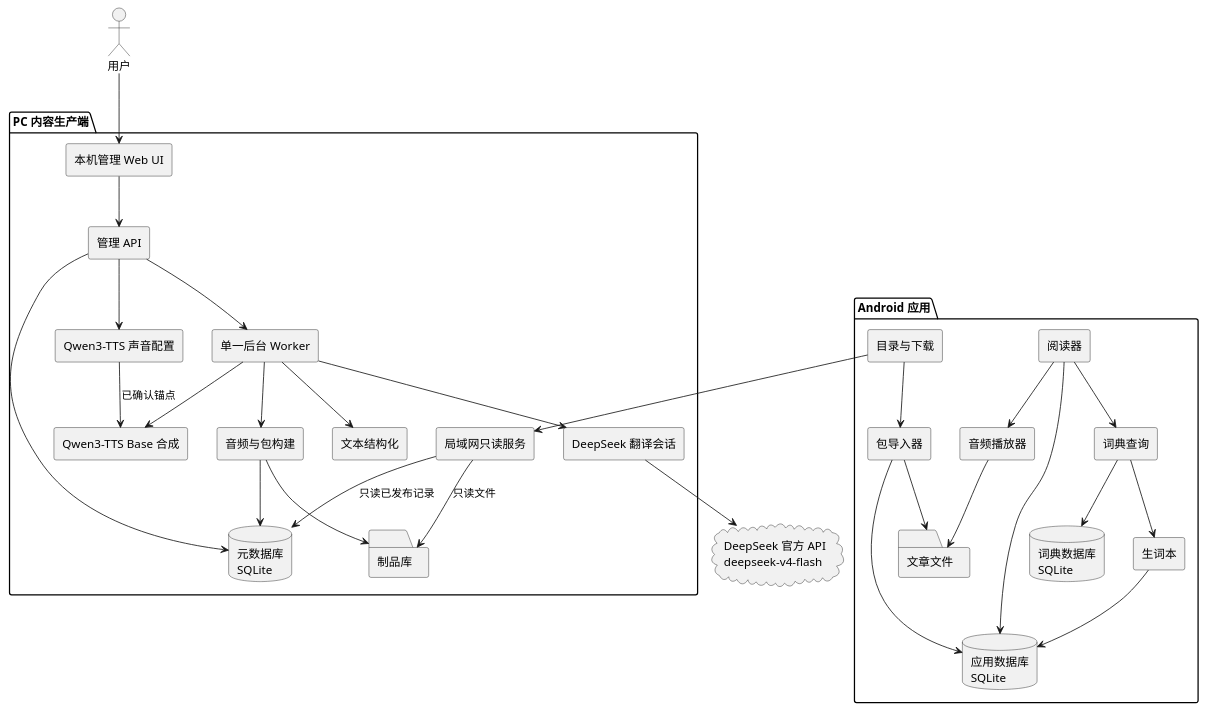
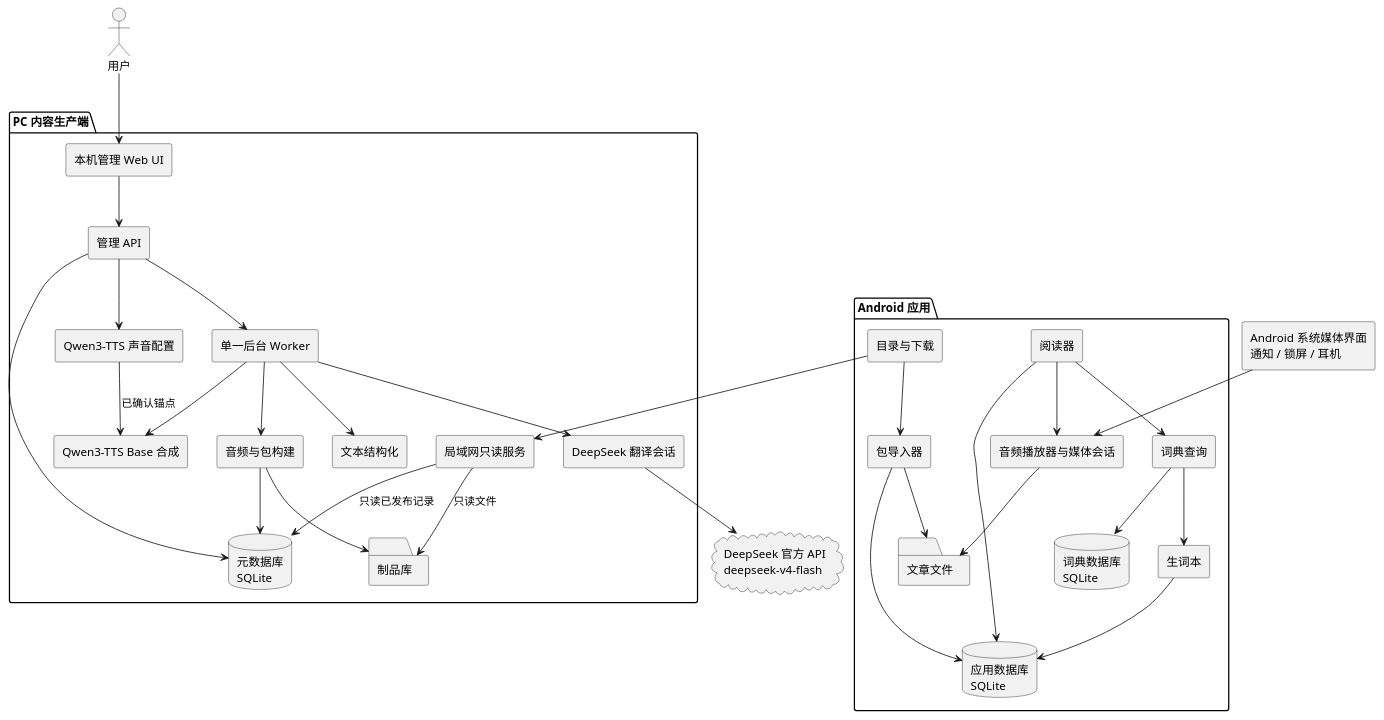
Before and after one commit to Mort2000/engirdle: the first of 9 diagrams in .scratch/mvp/mvp_design.md, drawn with PlantUML. The commit also changed other lines of this file and 5 other files, not shown here.

````diff
--- a/.scratch/mvp/mvp_design.md
+++ b/.scratch/mvp/mvp_design.md
@@ -27,63 +29,65 @@
 ```plantuml
 @startuml
 skinparam componentStyle rectangle
 skinparam shadowing false
 
 actor 用户
 
 package "PC 内容生产端" {
   [本机管理 Web UI] as AdminUI
   [管理 API] as AdminAPI
   [单一后台 Worker] as Worker
   [文本结构化] as Structure
   [DeepSeek 翻译会话] as Translator
   [Qwen3-TTS 声音配置] as VoiceProfile
   [Qwen3-TTS Base 合成] as TTS
   [音频与包构建] as Builder
   database "元数据库\nSQLite" as PCDB
   folder "制品库" as Artifacts
   [局域网只读服务] as LAN
 }
 
 package "Android 应用" {
   [目录与下载] as Download
   [包导入器] as Importer
   [阅读器] as Reader
-  [音频播放器] as Player
+  [音频播放器与媒体会话] as Player
   [词典查询] as Dictionary
   [生词本] as Vocabulary
   database "应用数据库\nSQLite" as AppDB
   database "词典数据库\nSQLite" as DictDB
   folder "文章文件" as ArticleFiles
 }
 
 cloud "DeepSeek 官方 API\ndeepseek-v4-flash" as DeepSeek
+rectangle "Android 系统媒体界面\n通知 / 锁屏 / 耳机" as MediaControls
 
 用户 --> AdminUI
 AdminUI --> AdminAPI
 AdminAPI --> PCDB
 AdminAPI --> Worker
 Worker --> Structure
 Worker --> Translator
 Translator --> DeepSeek
 AdminAPI --> VoiceProfile
 VoiceProfile --> TTS : 已确认锚点
 Worker --> TTS
 Worker --> Builder
 Builder --> PCDB
 Builder --> Artifacts
 LAN --> PCDB : 只读已发布记录
 LAN --> Artifacts : 只读文件
 Download --> LAN
 Download --> Importer
 Importer --> AppDB
 Importer --> ArticleFiles
 Reader --> AppDB
 Reader --> Player
 Player --> ArticleFiles
+MediaControls --> Player
 Reader --> Dictionary
 Dictionary --> DictDB
 Dictionary --> Vocabulary
 Vocabulary --> AppDB
 @enduml
 ```
````
